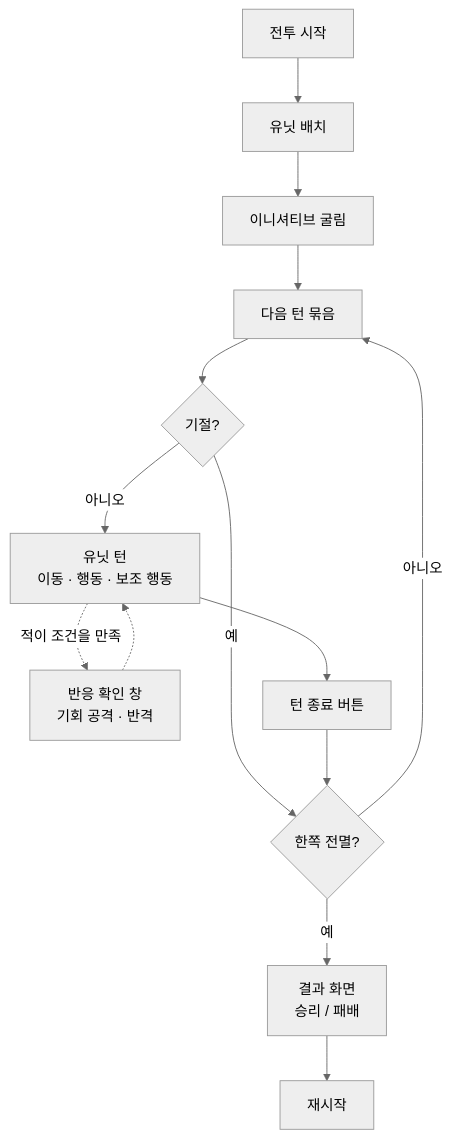
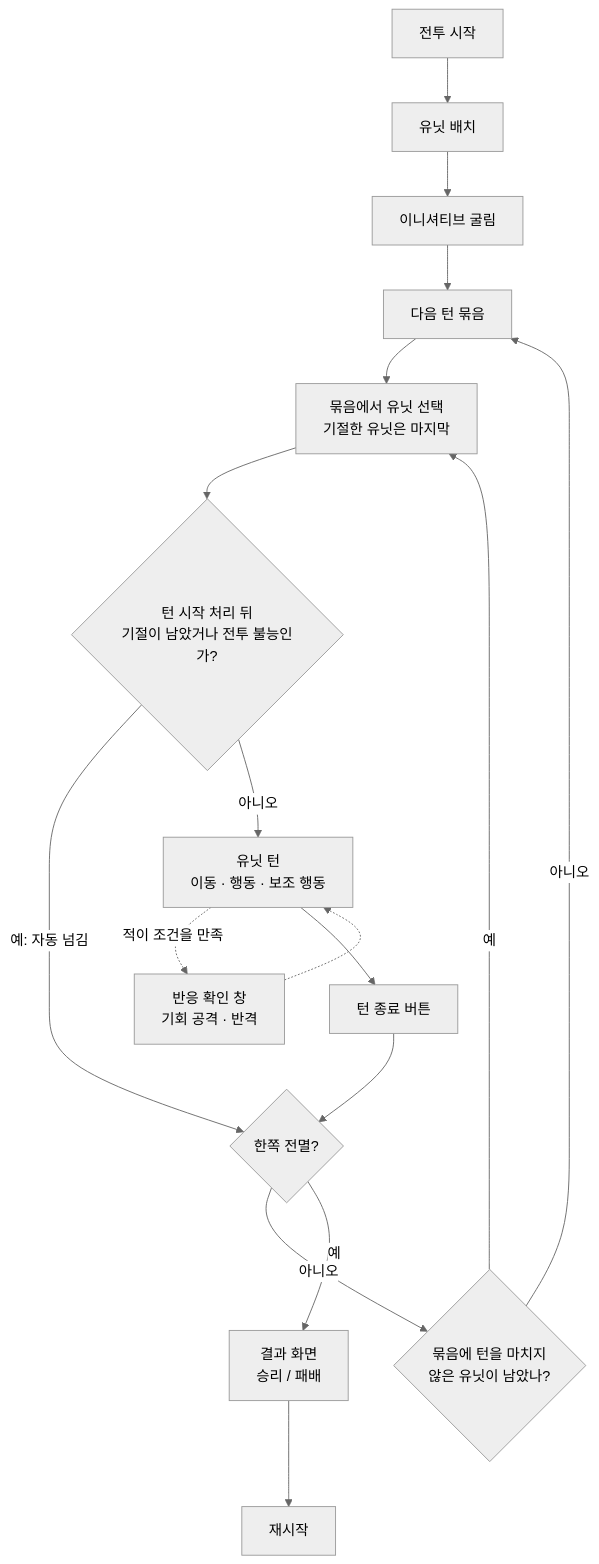
The diagram in docs/COMBAT_DESIGN.md (minjunkim-dev/BGLike), drawn with Mermaid (neutral theme) before and after one commit. The commit also changed other lines of this file and 3 other files, not shown here.

````diff
--- a/docs/COMBAT_DESIGN.md
+++ b/docs/COMBAT_DESIGN.md
@@ -87,16 +87,19 @@
 ```mermaid
 flowchart TD
     A[전투 시작] --> B[유닛 배치]
     B --> C[이니셔티브 굴림]
     C --> D[다음 턴 묶음]
-    D --> E{기절?}
-    E -- 예 --> H
+    D --> U[묶음에서 유닛 선택<br/>기절한 유닛은 마지막]
+    U --> E{턴 시작 처리 뒤<br/>기절이 남았거나 전투 불능인가?}
+    E -- 예: 자동 넘김 --> H
     E -- 아니오 --> F[유닛 턴<br/>이동 · 행동 · 보조 행동]
     F -. 적이 조건을 만족 .-> R[반응 확인 창<br/>기회 공격 · 반격]
     R -.-> F
     F --> G[턴 종료 버튼]
     G --> H{한쪽 전멸?}
-    H -- 아니오 --> D
+    H -- 아니오 --> K{묶음에 턴을 마치지<br/>않은 유닛이 남았나?}
+    K -- 예 --> U
+    K -- 아니오 --> D
     H -- 예 --> I[결과 화면<br/>승리 / 패배]
     I --> J[재시작]
 ```
````
